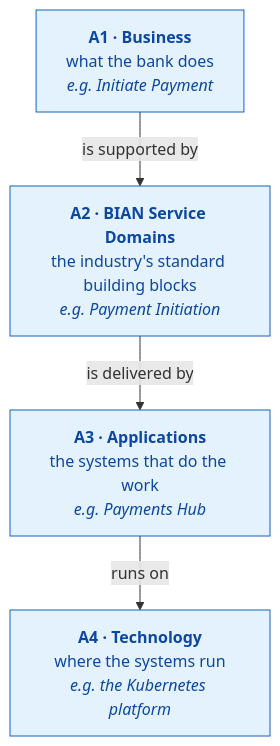
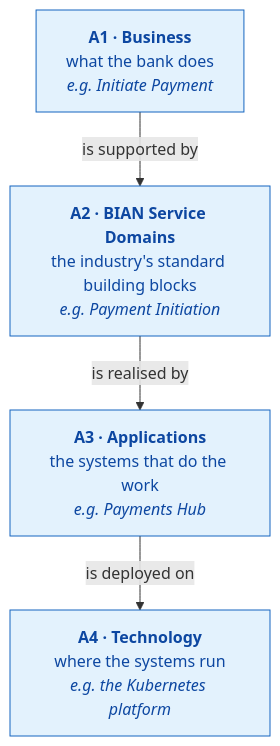
Before and after one commit to taumoeps/bian-sdem-framework: the first of 9 diagrams in README.md, drawn with Mermaid. The commit also changed other lines of this file and 31 other files, not shown here.

````diff
--- a/README.md
+++ b/README.md
@@ -23,12 +23,12 @@
 ```mermaid
 flowchart TB
     A1["<b>A1 · Business</b><br/>what the bank does<br/><i>e.g. Initiate Payment</i>"]
     A2["<b>A2 · BIAN Service Domains</b><br/>the industry's standard building blocks<br/><i>e.g. Payment Initiation</i>"]
     A3["<b>A3 · Applications</b><br/>the systems that do the work<br/><i>e.g. Payments Hub</i>"]
     A4["<b>A4 · Technology</b><br/>where the systems run<br/><i>e.g. the Kubernetes platform</i>"]
     A1 -->|"is supported by"| A2
-    A2 -->|"is delivered by"| A3
-    A3 -->|"runs on"| A4
+    A2 -->|"is realised by"| A3
+    A3 -->|"is deployed on"| A4
     classDef l fill:#E3F2FD,stroke:#1565C0,color:#0D47A1
     class A1,A2,A3,A4 l
 ```
````
